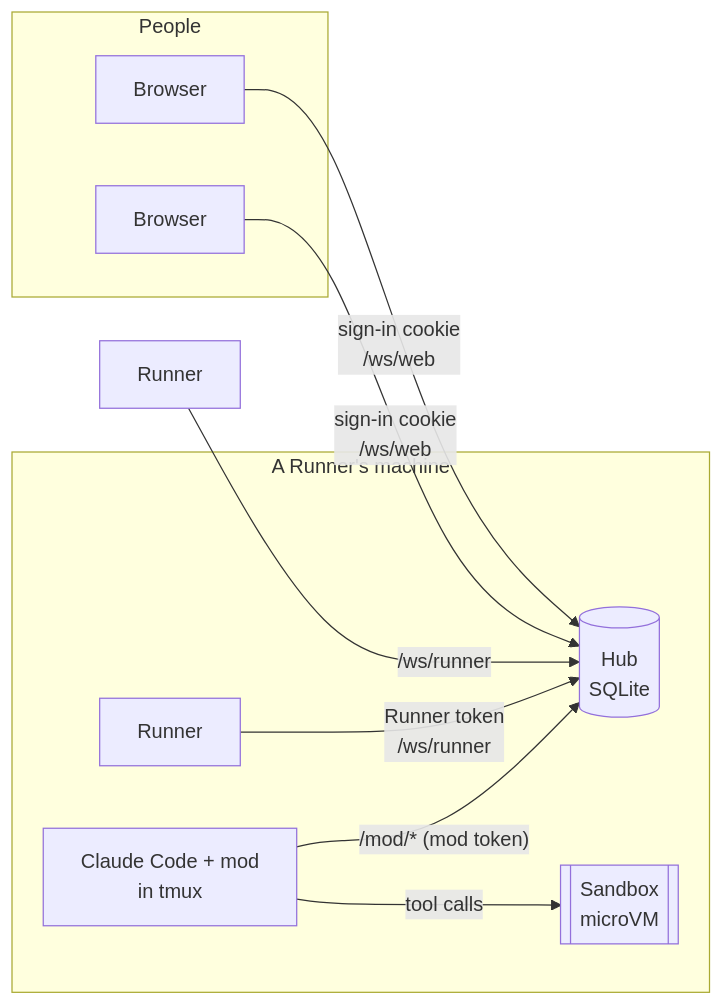
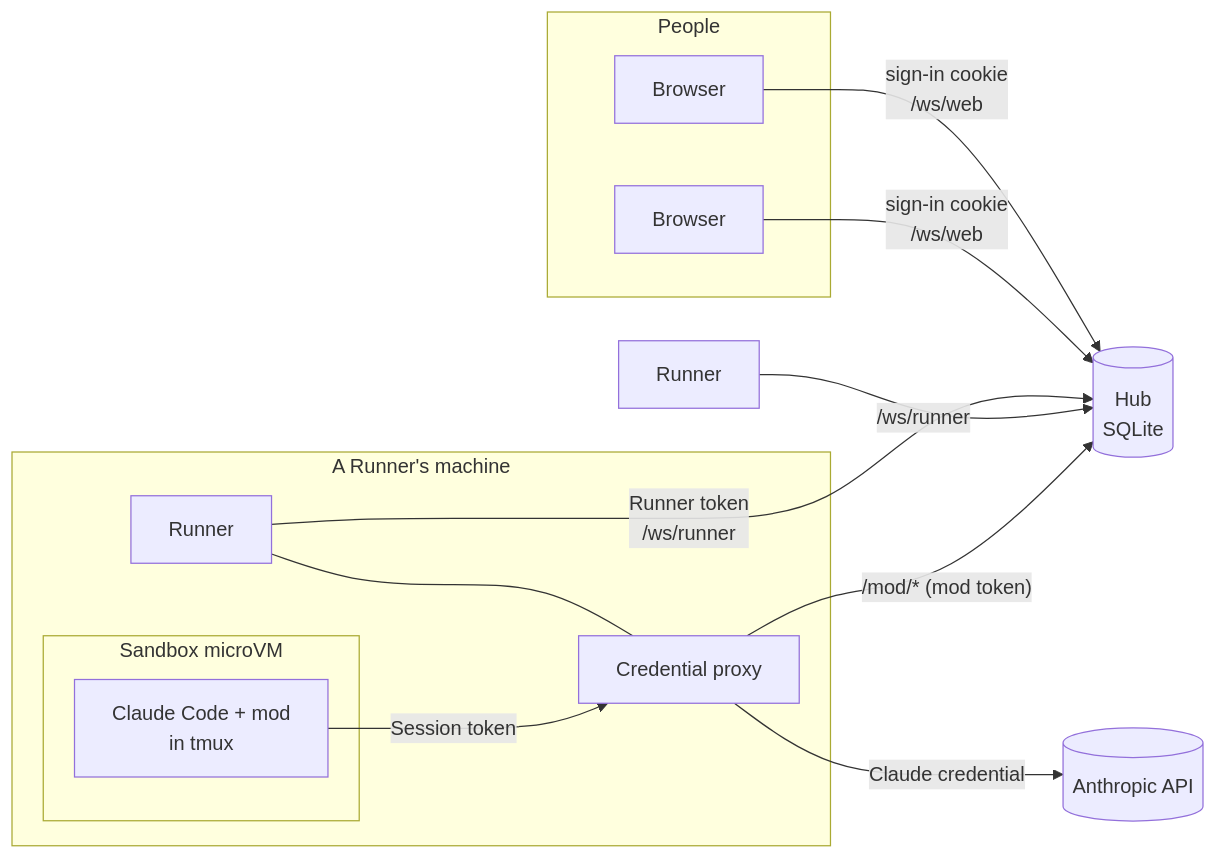
The diagram in packages/docs/src/content/docs/explanation/architecture.md (kddige/kndl), drawn with Mermaid before and after one commit. The commit also changed other lines of this file and 60 other files, not shown here.

````diff
--- a/packages/docs/src/content/docs/explanation/architecture.md
+++ b/packages/docs/src/content/docs/explanation/architecture.md
@@ -10,15 +10,19 @@
 ```mermaid
 flowchart LR
   subgraph People
     A[Browser]
     B[Browser]
   end
   A & B -- "sign-in cookie<br/>/ws/web" --> Hub[(Hub<br/>SQLite)]
   R1[Runner] -- "Runner token<br/>/ws/runner" --> Hub
   R2[Runner] -- "/ws/runner" --> Hub
   subgraph R1box [A Runner's machine]
-    R1
-    C1[Claude Code + mod<br/>in tmux] -- "/mod/* (mod token)" --> Hub
-    C1 -- tool calls --> S1[[Sandbox<br/>microVM]]
+    R1 --- P1[Credential proxy]
+    subgraph S1 [Sandbox microVM]
+      C1[Claude Code + mod<br/>in tmux]
+    end
+    C1 -- "Session token" --> P1
   end
+  P1 -- "Claude credential" --> Anthropic[(Anthropic API)]
+  P1 -- "/mod/* (mod token)" --> Hub
 ```
````
